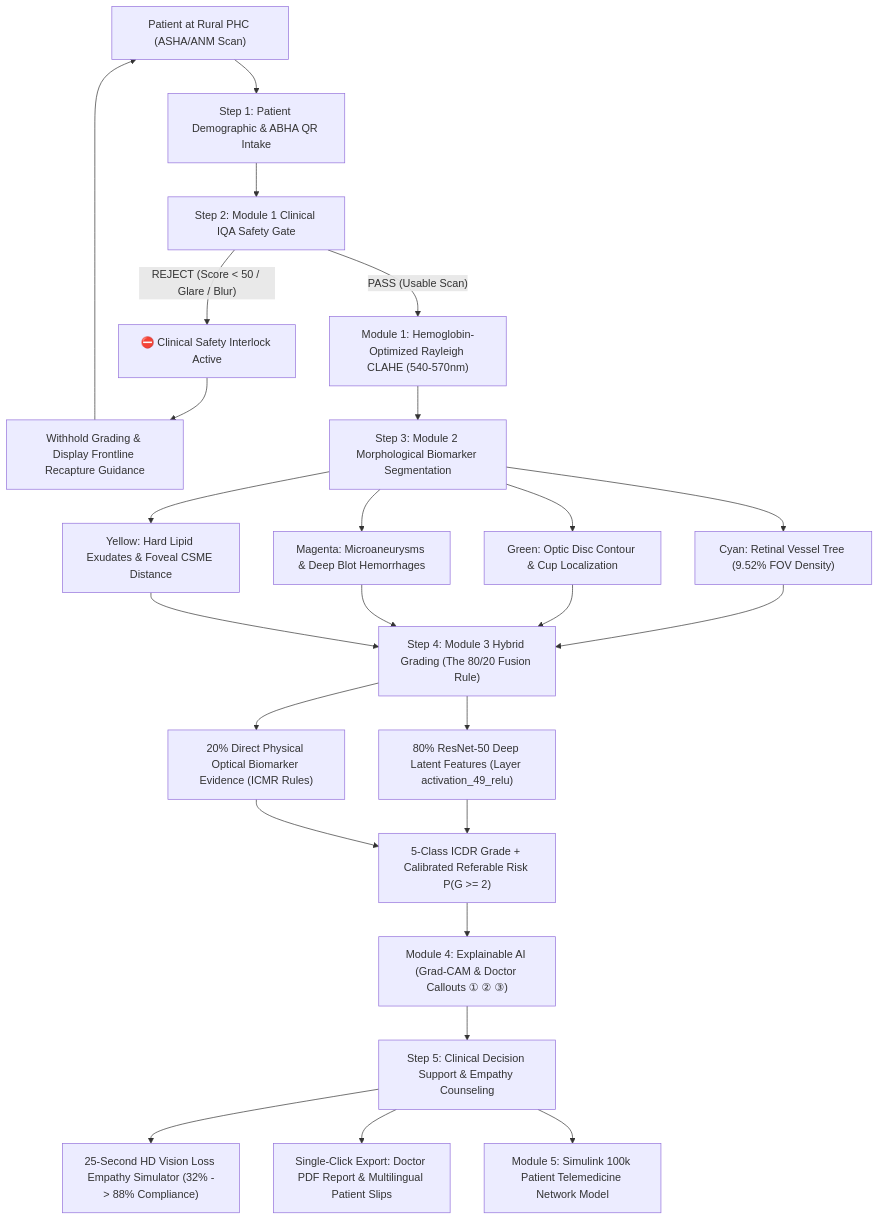
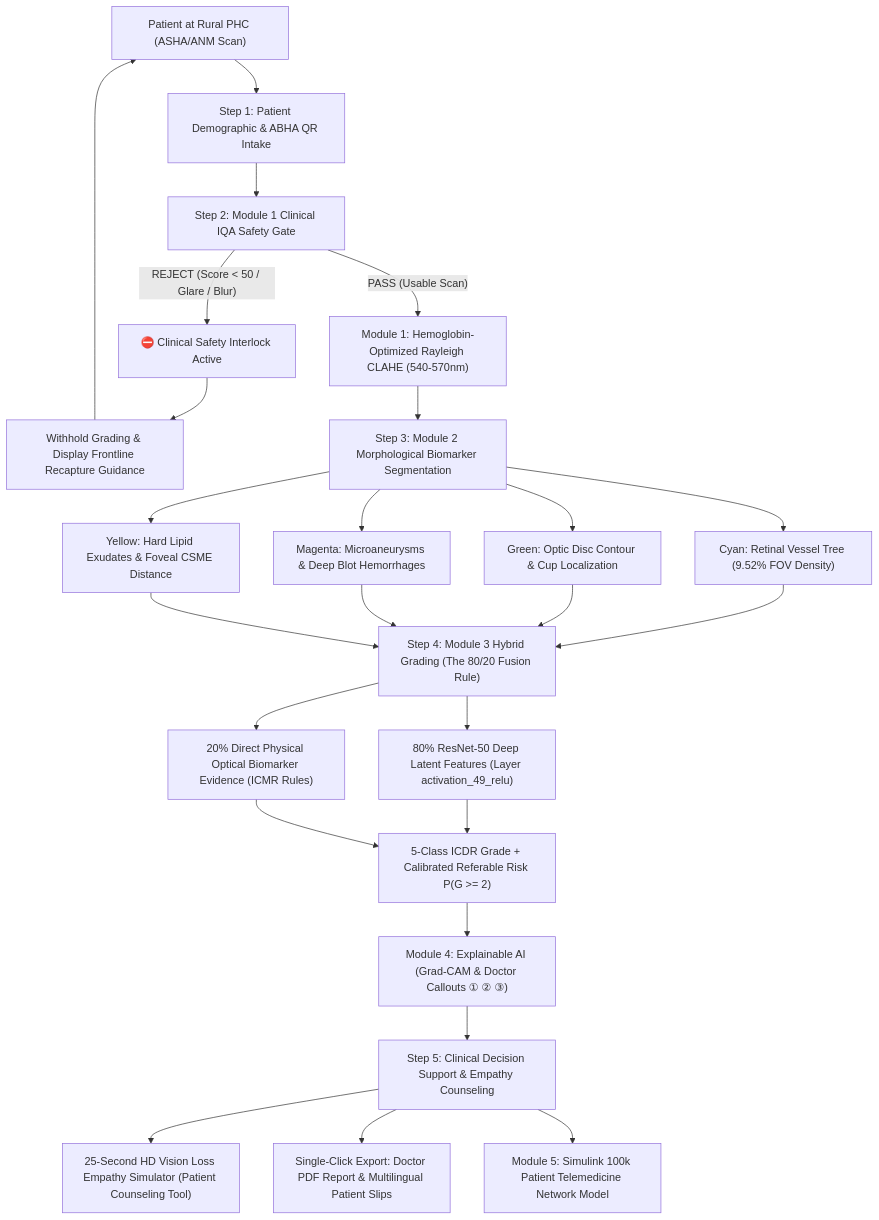
Before and after one commit to abhisheksinghapsb-gif/Kastoori: the diagram in README.md, drawn with Mermaid. The commit also changed other lines of this file, not shown here.

````diff
--- a/README.md
+++ b/README.md
@@ -102,29 +102,29 @@
 ```mermaid
 flowchart TD
     A["Patient at Rural PHC (ASHA/ANM Scan)"] --> B["Step 1: Patient Demographic & ABHA QR Intake"]
     B --> C["Step 2: Module 1 Clinical IQA Safety Gate"]
     
     C -->|"REJECT (Score < 50 / Glare / Blur)"| C1["⛔ Clinical Safety Interlock Active"]
     C1 --> C2["Withhold Grading & Display Frontline Recapture Guidance"]
     C2 --> A
     
     C -->|"PASS (Usable Scan)"| D["Module 1: Hemoglobin-Optimized Rayleigh CLAHE (540-570nm)"]
     D --> E["Step 3: Module 2 Morphological Biomarker Segmentation"]
     
     E --> E1["Cyan: Retinal Vessel Tree (9.52% FOV Density)"]
     E --> E2["Green: Optic Disc Contour & Cup Localization"]
     E --> E3["Magenta: Microaneurysms & Deep Blot Hemorrhages"]
     E --> E4["Yellow: Hard Lipid Exudates & Foveal CSME Distance"]
     
     E1 & E2 & E3 & E4 --> F["Step 4: Module 3 Hybrid Grading (The 80/20 Fusion Rule)"]
     F --> F1["80% ResNet-50 Deep Latent Features (Layer activation_49_relu)"]
     F --> F2["20% Direct Physical Optical Biomarker Evidence (ICMR Rules)"]
     F1 & F2 --> G["5-Class ICDR Grade + Calibrated Referable Risk P(G >= 2)"]
     
     G --> H["Module 4: Explainable AI (Grad-CAM & Doctor Callouts ① ② ③)"]
     H --> I["Step 5: Clinical Decision Support & Empathy Counseling"]
     
-    I --> I1["25-Second HD Vision Loss Empathy Simulator (32% -> 88% Compliance)"]
+    I --> I1["25-Second HD Vision Loss Empathy Simulator (Patient Counseling Tool)"]
     I --> I2["Single-Click Export: Doctor PDF Report & Multilingual Patient Slips"]
     I --> J["Module 5: Simulink 100k Patient Telemedicine Network Model"]
 ```
````
